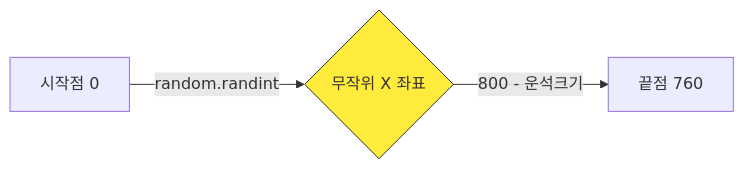
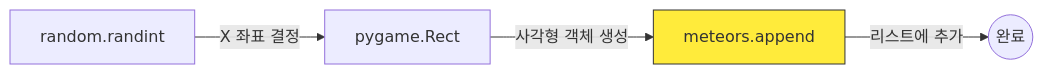
One commit to sleepyhood/StepCode changed the first of 2 diagrams in practice/data/content/pygame_marp_course/lesson02_meteor_drop/interactive.md. Above: the diagram before and after it, drawn with Mermaid. The commit also changed other lines of this file and 57 other files, not shown here.

````diff
--- a/practice/data/content/pygame_marp_course/lesson02_meteor_drop/interactive.md
+++ b/practice/data/content/pygame_marp_course/lesson02_meteor_drop/interactive.md
@@ -12,6 +51,7 @@
 ```mermaid
 graph LR
-    A[시작점 0] -- "random.randint" --> B{무작위 X 좌표}
-    B -- "800 - 운석크기" --> C[끝점 760]
-    style B fill:#ffeb3b,stroke:#333
+    A[random.randint] -- "X 좌표 결정" --> B[pygame.Rect]
+    B -- "사각형 객체 생성" --> C[meteors.append]
+    C -- "리스트에 추가" --> D((완료))
+    style C fill:#ffeb3b,stroke:#333
 ```
````
